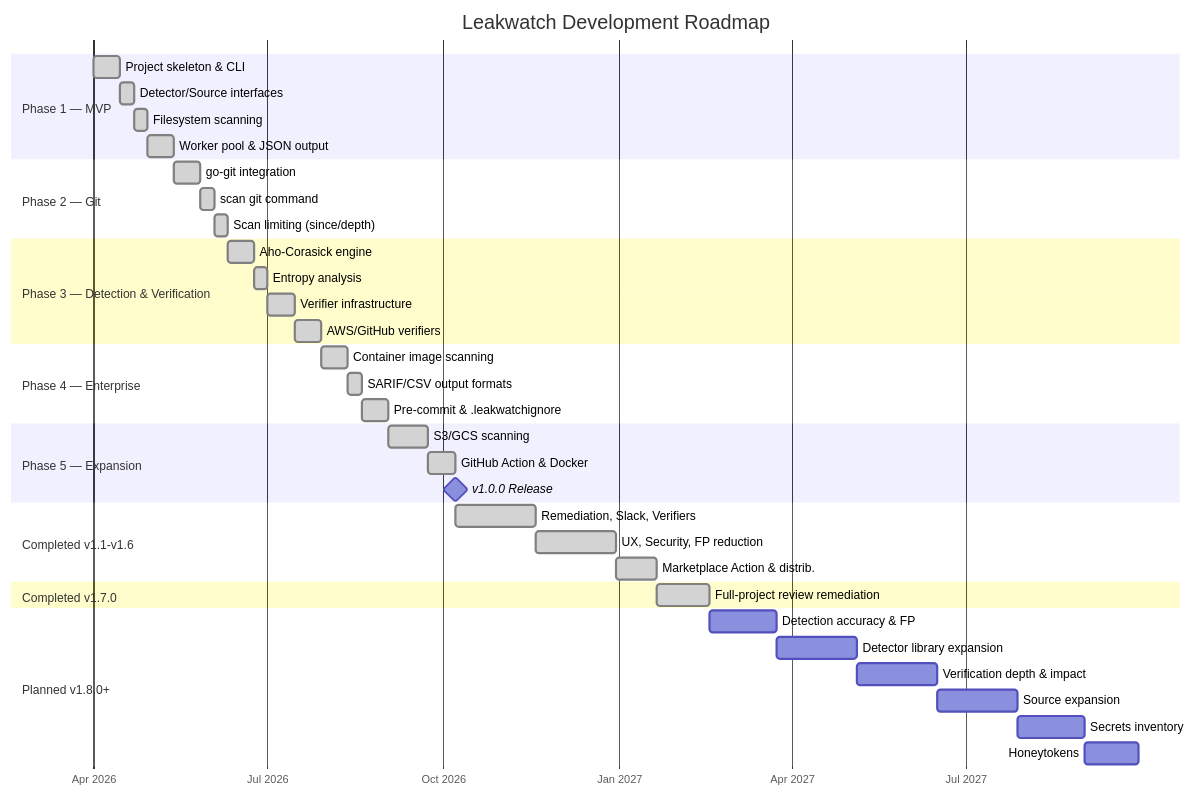
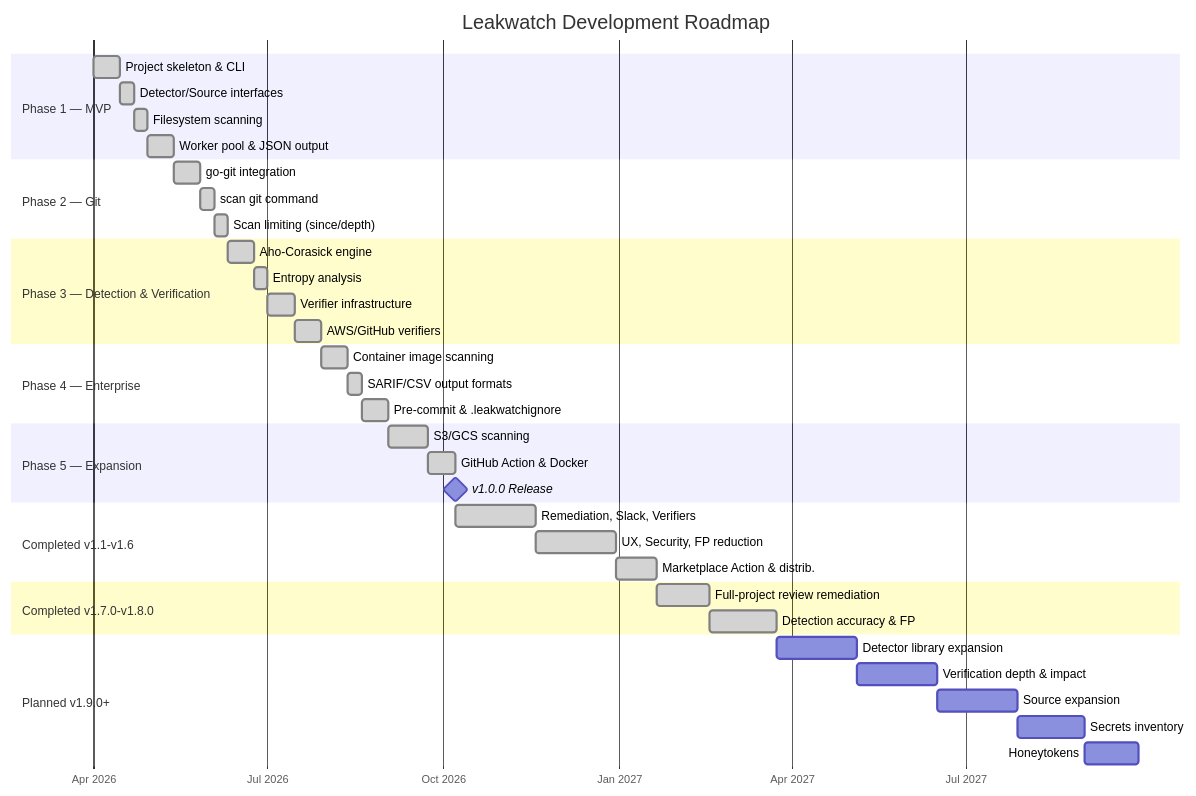
The diagram in docs/05-ROADMAP.md (cemililik/Leakwatch), drawn with Mermaid before and after one commit. The commit also changed other lines of this file and 22 other files, not shown here.

````diff
--- a/docs/05-ROADMAP.md
+++ b/docs/05-ROADMAP.md
@@ -123,49 +131,49 @@
 ```mermaid
 gantt
     title Leakwatch Development Roadmap
     dateFormat YYYY-MM-DD
     axisFormat %b %Y
 
     section Phase 1 — MVP
         Project skeleton & CLI          :done, f1a, 2026-04-01, 2w
         Detector/Source interfaces      :done, f1b, after f1a, 1w
         Filesystem scanning             :done, f1c, after f1b, 1w
         Worker pool & JSON output       :done, f1d, after f1c, 2w
 
     section Phase 2 — Git
         go-git integration              :done, f2a, after f1d, 2w
         scan git command                :done, f2b, after f2a, 1w
         Scan limiting (since/depth)     :done, f2c, after f2b, 1w
 
     section Phase 3 — Detection & Verification
         Aho-Corasick engine             :done, f3a, after f2c, 2w
         Entropy analysis                :done, f3b, after f3a, 1w
         Verifier infrastructure         :done, f3c, after f3b, 2w
         AWS/GitHub verifiers            :done, f3d, after f3c, 2w
 
     section Phase 4 — Enterprise
         Container image scanning        :done, f4a, after f3d, 2w
         SARIF/CSV output formats        :done, f4b, after f4a, 1w
         Pre-commit & .leakwatchignore   :done, f4c, after f4b, 2w
 
     section Phase 5 — Expansion
         S3/GCS scanning                 :done, f5a, after f4c, 3w
         GitHub Action & Docker          :done, f5b, after f5a, 2w
         v1.0.0 Release                  :milestone, after f5b, 0d
 
     section Completed v1.1-v1.6
         Remediation, Slack, Verifiers   :done, f6, after f5b, 6w
         UX, Security, FP reduction      :done, f8, after f6, 6w
         Marketplace Action & distrib.   :done, f85, after f8, 3w
 
-    section Completed v1.7.0
+    section Completed v1.7.0-v1.8.0
         Full-project review remediation :done, f87, after f85, 4w
+        Detection accuracy & FP         :done, p9, after f87, 5w
 
-    section Planned v1.8.0+
-        Detection accuracy & FP         :p9, after f87, 5w
+    section Planned v1.9.0+
         Detector library expansion      :p10, after p9, 6w
         Verification depth & impact     :p11, after p10, 6w
         Source expansion                :p12, after p11, 6w
         Secrets inventory               :p13, after p12, 5w
         Honeytokens                     :p14, after p13, 4w
 ```
````
